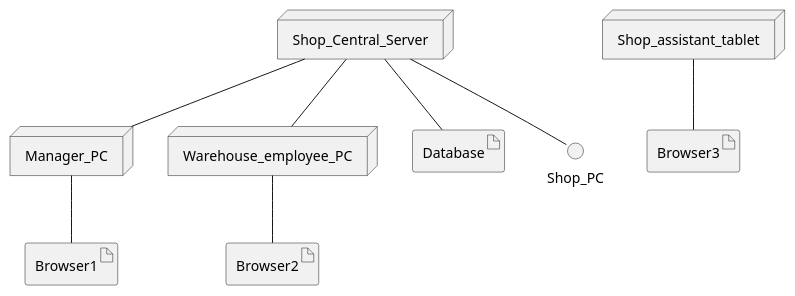
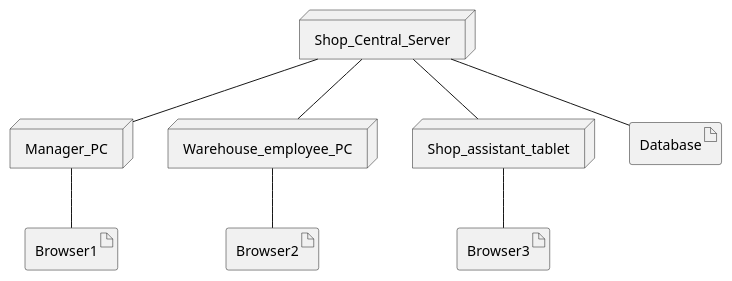
One commit to marco-ballario/EzShop changed the third of 3 diagrams in Deliverables/RequirementsDocument.md. Above: the diagram before and after it, drawn with PlantUML.

````diff
--- a/Deliverables/RequirementsDocument.md
+++ b/Deliverables/RequirementsDocument.md
@@ -444,21 +444,21 @@
 ```plantuml
 node Manager_PC
 node Warehouse_employee_PC
 node Shop_assistant_tablet
 
 artifact Browser1
 artifact Browser2
 artifact Browser3
 
 artifact Database
 node Shop_Central_Server
 
 
 Shop_Central_Server -- Manager_PC
 Shop_Central_Server -- Warehouse_employee_PC
-Shop_Central_Server -- Shop_PC
+Shop_Central_Server -- Shop_assistant_tablet
 Manager_PC -- Browser1
 Shop_assistant_tablet -- Browser3
 Warehouse_employee_PC -- Browser2
 Shop_Central_Server -- Database
 ```
````
